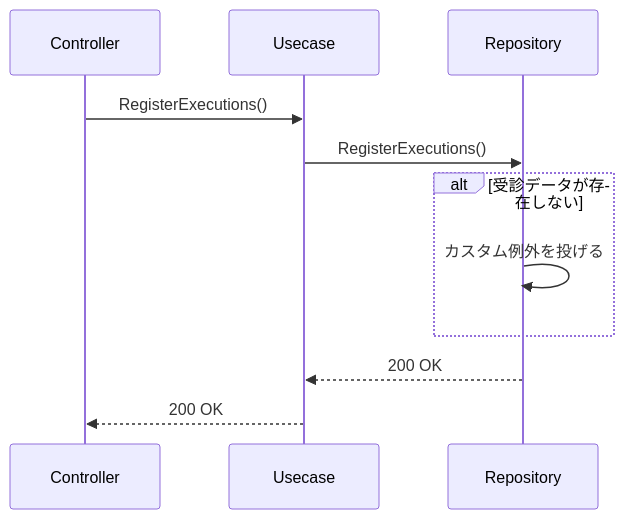
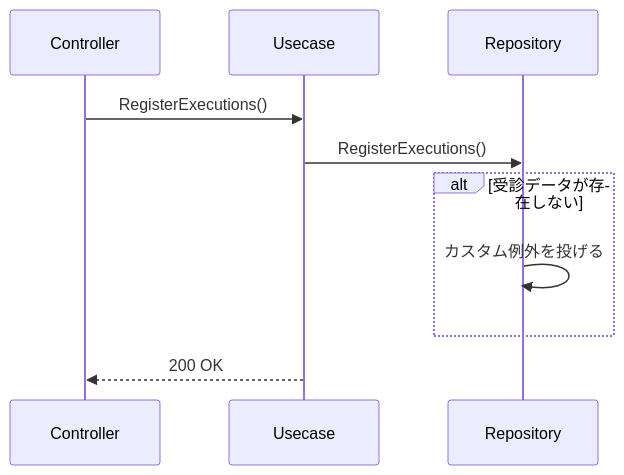
Before and after one commit to MrWangpeilin945/FlutterIOS: diagram 19 of 33 in Documents/API設計書/src/docs/5_ユースケース.adoc, drawn with Mermaid. The commit also changed other lines of this file, not shown here.

```diff
--- a/Documents/API設計書/src/docs/5_ユースケース.adoc
+++ b/Documents/API設計書/src/docs/5_ユースケース.adoc
@@ -318,16 +316,15 @@
-[mermaid,VerifyConsultNumber-u-seq,png]
+[mermaid,RegisterExecutions-u-seq,png]
 ----
 sequenceDiagram
   participant con as Controller
   participant uc as Usecase
   participant repo as Repository
 
   con->>uc: RegisterExecutions()
   uc->>repo: RegisterExecutions()
   alt 受診データが存在しない
     repo->>repo: カスタム例外を投げる
   end
-  repo-->>uc: 200 OK
   uc-->>con: 200 OK
 
 ----
```
